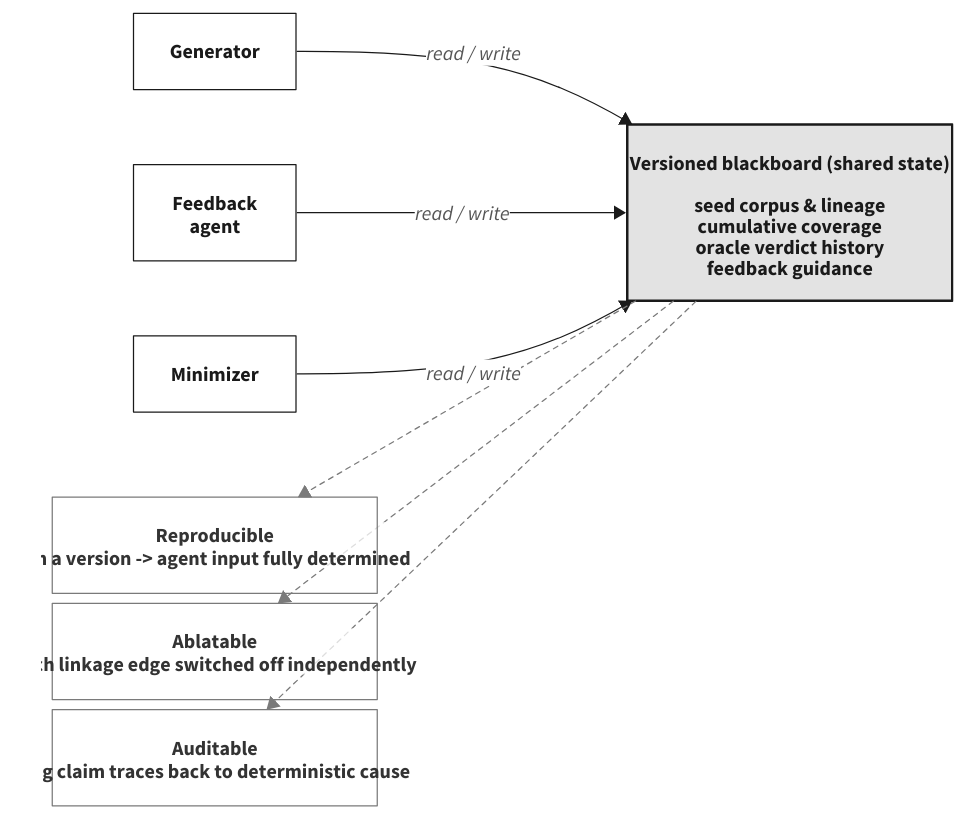
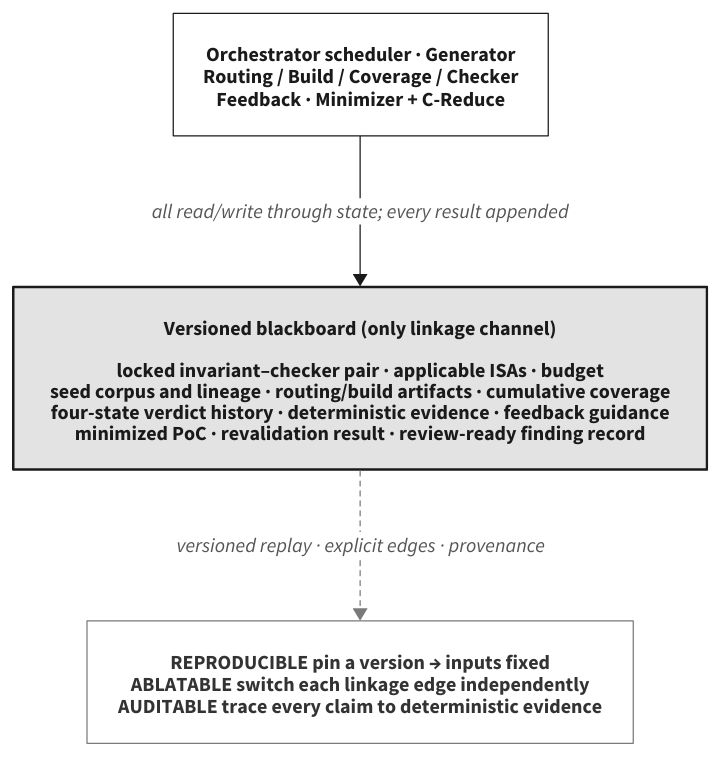
One commit to zjy-dev/de-fuzz changed the diagram in docs/paper/figures/src/blackboard.d2. Above: the diagram before and after it, drawn with D2. The commit also changed 20 other files, not shown here.

```diff
--- a/docs/paper/figures/src/blackboard.d2
+++ b/docs/paper/figures/src/blackboard.d2
@@ -1,33 +1,19 @@
-# Fig: the blackboard - all inter-agent linkage via versioned shared state (academic monochrome)
+# Fig: versioned blackboard records every task state and result (academic monochrome)
 # render: d2 --theme=0 --pad=8 blackboard.d2 ../blackboard.svg
 
 classes: {
-  agent: { style: { fill: white; stroke: "#1A1A1A"; stroke-width: 1; font-color: "#1A1A1A" } }
+  actor: { style: { fill: white; stroke: "#1A1A1A"; stroke-width: 1; font-color: "#1A1A1A" } }
   bb:    { style: { fill: "#E3E3E3"; stroke: "#1A1A1A"; stroke-width: 2; font-color: "#1A1A1A" } }
   prop:  { style: { fill: white; stroke: "#7A7A7A"; stroke-width: 1; font-color: "#333333" } }
 }
 
-direction: right
+direction: down
 
-gen: "Generator" { class: agent; width: 130 }
-feedback: "Feedback\nagent" { class: agent; width: 130 }
-minim: "Minimizer" { class: agent; width: 130 }
+actors: "Orchestrator scheduler · Generator\nRouting / Build / Coverage / Checker\nFeedback · Minimizer + C-Reduce" { class: actor }
 
-bb: "Versioned blackboard  (shared state)\n\nseed corpus & lineage\ncumulative coverage\noracle verdict history\nfeedback guidance" { class: bb; width: 260 }
+bb: "Versioned blackboard  (only linkage channel)\n\nlocked invariant–checker pair · applicable ISAs · budget\nseed corpus and lineage · routing/build artifacts · cumulative coverage\nfour-state verdict history · deterministic evidence · feedback guidance\nminimized PoC · revalidation result · review-ready finding record" { class: bb }
 
-props: "" {
-  grid-rows: 3
-  grid-columns: 1
-  grid-gap: 8
-  style: { fill: transparent; stroke: transparent }
-  reproduce: "Reproducible\npin a version -> agent input fully determined" { class: prop; width: 260 }
-  ablate: "Ablatable\neach linkage edge switched off independently" { class: prop; width: 260 }
-  audit: "Auditable\nbug claim traces back to deterministic cause" { class: prop; width: 260 }
-}
+props: "REPRODUCIBLE  pin a version → inputs fixed\nABLATABLE  switch each linkage edge independently\nAUDITABLE  trace every claim to deterministic evidence" { class: prop }
 
-gen -> bb: "read / write" { style: { stroke: "#1A1A1A"; stroke-width: 1; font-color: "#555555" } }
-feedback -> bb: "read / write" { style: { stroke: "#1A1A1A"; stroke-width: 1; font-color: "#555555" } }
-minim -> bb: "read / write" { style: { stroke: "#1A1A1A"; stroke-width: 1; font-color: "#555555" } }
-bb -> props.reproduce: "" { style: { stroke: "#7A7A7A"; stroke-width: 1; stroke-dash: 4 } }
-bb -> props.ablate: "" { style: { stroke: "#7A7A7A"; stroke-width: 1; stroke-dash: 4 } }
-bb -> props.audit: "" { style: { stroke: "#7A7A7A"; stroke-width: 1; stroke-dash: 4 } }
+actors -> bb: "all read/write through state; every result appended" { style: { stroke: "#1A1A1A"; stroke-width: 1; font-color: "#555555" } }
+bb -> props: "versioned replay · explicit edges · provenance" { style: { stroke: "#7A7A7A"; stroke-width: 1; stroke-dash: 4; font-color: "#555555" } }
```
